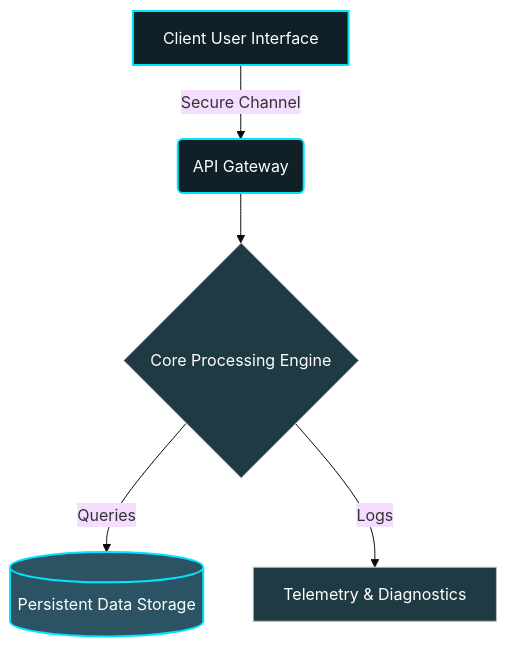
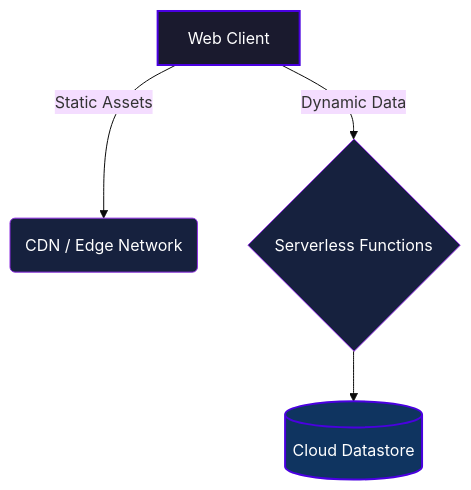
Before and after one commit to Nytrynox/Ori-Mind-Project: the diagram in README.md, drawn with Mermaid (base theme). The commit also changed other lines of this file, not shown here.

Commit message:
docs: Refactor README with Dynamic Analytical Layout and Strict Warning

````diff
--- a/README.md
+++ b/README.md
@@ -32,16 +31,14 @@
 ```mermaid
 graph TD;
-    A[Client User Interface] -->|Secure Channel| B(API Gateway);
-    B --> C{Core Processing Engine};
-    C -->|Queries| D[(Persistent Data Storage)];
-    C -->|Logs| E[Telemetry & Diagnostics];
+    A[Web Client] -->|Static Assets| B(CDN / Edge Network);
+    A -->|Dynamic Data| C{Serverless Functions};
+    C --> D[(Cloud Datastore)];
     
-    classDef primary fill:#0f2027,stroke:#00e5ff,stroke-width:2px,color:#fff;
-    classDef secondary fill:#203a43,stroke:#b0bec5,stroke-width:1px,color:#fff;
-    classDef database fill:#2c5364,stroke:#00e5ff,stroke-width:2px,color:#fff;
+    classDef primary fill:#1a1a2e,stroke:#4a00e0,stroke-width:2px,color:#fff;
+    classDef secondary fill:#16213e,stroke:#8e2de2,stroke-width:1px,color:#fff;
+    classDef database fill:#0f3460,stroke:#4a00e0,stroke-width:2px,color:#fff;
     
-    class A,B primary;
-    class C secondary;
+    class A primary;
+    class B,C secondary;
     class D database;
-    class E secondary;
 ```
````
